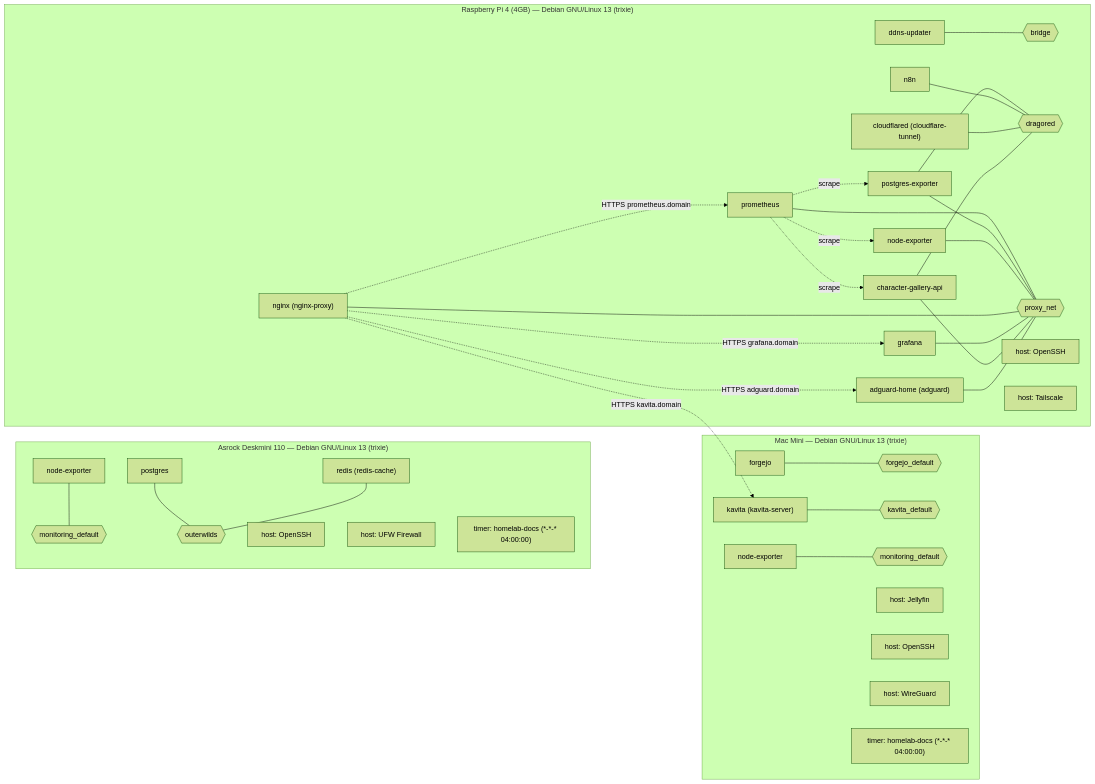
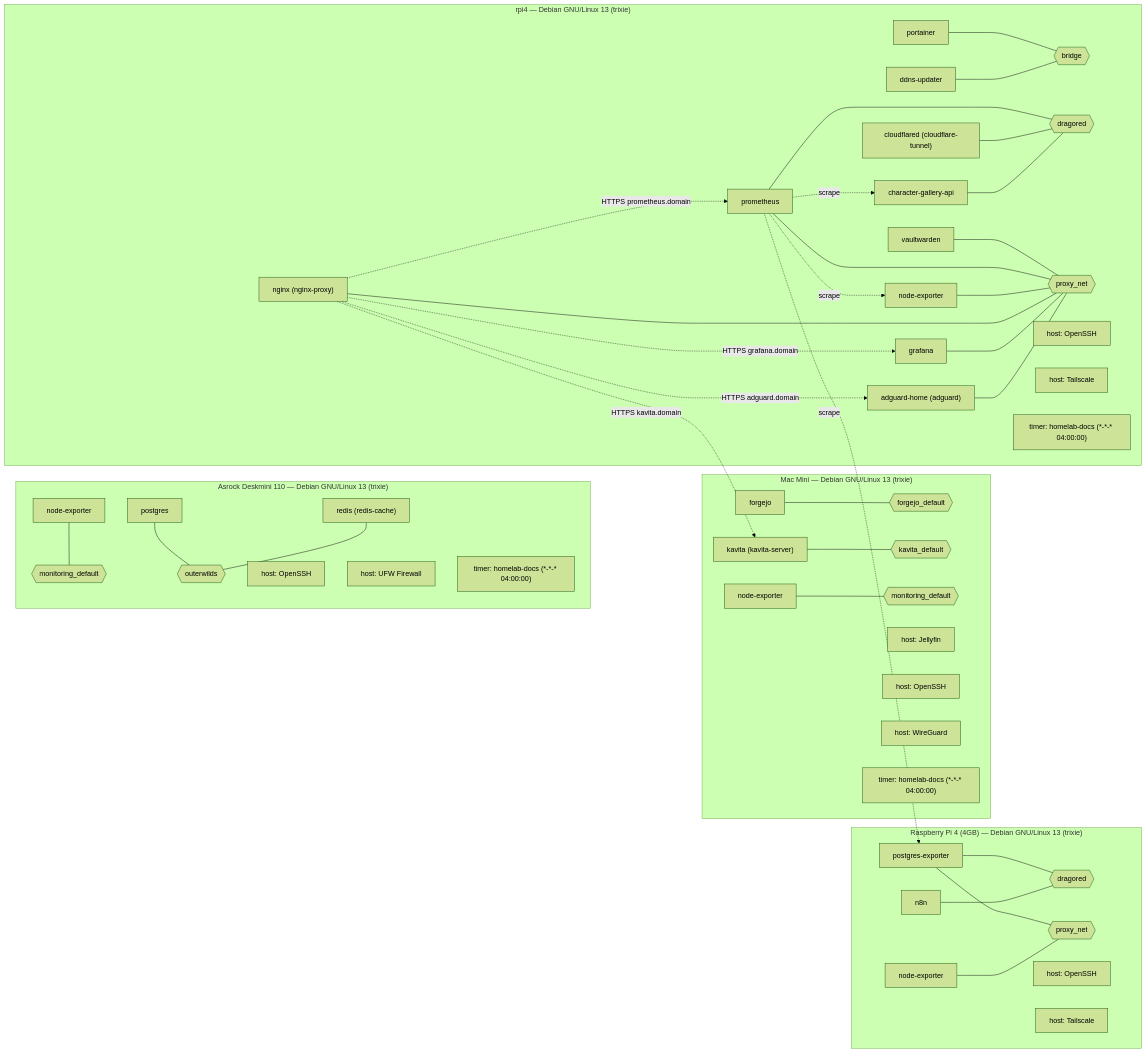
Before and after one commit to dZev1/home-lab: the diagram in README.md, drawn with Mermaid (forest theme). The commit also changed other lines of this file and 1 other file, not shown here.

Commit message:
docs: auto-update homelab inventory and topology [skip ci]

````diff
--- a/README.md
+++ b/README.md
@@ -35,67 +36,80 @@
 ```mermaid
 flowchart LR
   subgraph node_deskmini["Asrock Deskmini 110 — Debian GNU/Linux 13 (trixie)"]
     net_deskmini_monitoring_default{{"monitoring_default"}}
     net_deskmini_outerwilds{{"outerwilds"}}
     svc_deskmini_node_exporter["node-exporter"]
     svc_deskmini_node_exporter --- net_deskmini_monitoring_default
     svc_deskmini_postgres["postgres"]
     svc_deskmini_postgres --- net_deskmini_outerwilds
     svc_deskmini_redis["redis (redis-cache)"]
     svc_deskmini_redis --- net_deskmini_outerwilds
     hs_deskmini_1["host: OpenSSH"]
     hs_deskmini_2["host: UFW Firewall"]
     tm_deskmini_0["timer: homelab-docs (*-*-* 04:00:00)"]
   end
   subgraph node_mac_mini["Mac Mini — Debian GNU/Linux 13 (trixie)"]
     net_mac_mini_forgejo_default{{"forgejo_default"}}
     net_mac_mini_kavita_default{{"kavita_default"}}
     net_mac_mini_monitoring_default{{"monitoring_default"}}
     svc_mac_mini_forgejo["forgejo"]
     svc_mac_mini_forgejo --- net_mac_mini_forgejo_default
     svc_mac_mini_kavita["kavita (kavita-server)"]
     svc_mac_mini_kavita --- net_mac_mini_kavita_default
     svc_mac_mini_node_exporter["node-exporter"]
     svc_mac_mini_node_exporter --- net_mac_mini_monitoring_default
     hs_mac_mini_1["host: Jellyfin"]
     hs_mac_mini_2["host: OpenSSH"]
     hs_mac_mini_3["host: WireGuard"]
     tm_mac_mini_0["timer: homelab-docs (*-*-* 04:00:00)"]
   end
   subgraph node_rpi_4["Raspberry Pi 4 (4GB) — Debian GNU/Linux 13 (trixie)"]
-    net_rpi_4_bridge{{"bridge"}}
     net_rpi_4_dragored{{"dragored"}}
     net_rpi_4_proxy_net{{"proxy_net"}}
-    svc_rpi_4_adguard_home["adguard-home (adguard)"]
-    svc_rpi_4_adguard_home --- net_rpi_4_proxy_net
-    svc_rpi_4_character_gallery_api["character-gallery-api"]
-    svc_rpi_4_character_gallery_api --- net_rpi_4_dragored
-    svc_rpi_4_character_gallery_api --- net_rpi_4_proxy_net
-    svc_rpi_4_cloudflared["cloudflared (cloudflare-tunnel)"]
-    svc_rpi_4_cloudflared --- net_rpi_4_dragored
-    svc_rpi_4_ddns_updater["ddns-updater"]
-    svc_rpi_4_ddns_updater --- net_rpi_4_bridge
-    svc_rpi_4_grafana["grafana"]
-    svc_rpi_4_grafana --- net_rpi_4_proxy_net
     svc_rpi_4_n8n["n8n"]
     svc_rpi_4_n8n --- net_rpi_4_dragored
-    svc_rpi_4_nginx["nginx (nginx-proxy)"]
-    svc_rpi_4_nginx --- net_rpi_4_proxy_net
     svc_rpi_4_node_exporter["node-exporter"]
     svc_rpi_4_node_exporter --- net_rpi_4_proxy_net
     svc_rpi_4_postgres_exporter["postgres-exporter"]
     svc_rpi_4_postgres_exporter --- net_rpi_4_proxy_net
     svc_rpi_4_postgres_exporter --- net_rpi_4_dragored
-    svc_rpi_4_prometheus["prometheus"]
-    svc_rpi_4_prometheus --- net_rpi_4_proxy_net
     hs_rpi_4_1["host: OpenSSH"]
     hs_rpi_4_2["host: Tailscale"]
   end
-  svc_rpi_4_nginx -. "HTTPS adguard.domain" .-> svc_rpi_4_adguard_home
-  svc_rpi_4_nginx -. "HTTPS grafana.domain" .-> svc_rpi_4_grafana
-  svc_rpi_4_nginx -. "HTTPS prometheus.domain" .-> svc_rpi_4_prometheus
-  svc_rpi_4_nginx -. "HTTPS kavita.domain" .-> svc_mac_mini_kavita
-  svc_rpi_4_prometheus -. "scrape" .-> svc_rpi_4_node_exporter
-  svc_rpi_4_prometheus -. "scrape" .-> svc_rpi_4_character_gallery_api
-  svc_rpi_4_prometheus -. "scrape" .-> svc_rpi_4_postgres_exporter
+  subgraph node_rpi4["rpi4 — Debian GNU/Linux 13 (trixie)"]
+    net_rpi4_bridge{{"bridge"}}
+    net_rpi4_dragored{{"dragored"}}
+    net_rpi4_proxy_net{{"proxy_net"}}
+    svc_rpi4_adguard_home["adguard-home (adguard)"]
+    svc_rpi4_adguard_home --- net_rpi4_proxy_net
+    svc_rpi4_character_gallery_api["character-gallery-api"]
+    svc_rpi4_character_gallery_api --- net_rpi4_dragored
+    svc_rpi4_cloudflared["cloudflared (cloudflare-tunnel)"]
+    svc_rpi4_cloudflared --- net_rpi4_dragored
+    svc_rpi4_ddns_updater["ddns-updater"]
+    svc_rpi4_ddns_updater --- net_rpi4_bridge
+    svc_rpi4_grafana["grafana"]
+    svc_rpi4_grafana --- net_rpi4_proxy_net
+    svc_rpi4_nginx["nginx (nginx-proxy)"]
+    svc_rpi4_nginx --- net_rpi4_proxy_net
+    svc_rpi4_node_exporter["node-exporter"]
+    svc_rpi4_node_exporter --- net_rpi4_proxy_net
+    svc_rpi4_portainer["portainer"]
+    svc_rpi4_portainer --- net_rpi4_bridge
+    svc_rpi4_prometheus["prometheus"]
+    svc_rpi4_prometheus --- net_rpi4_dragored
+    svc_rpi4_prometheus --- net_rpi4_proxy_net
+    svc_rpi4_vaultwarden["vaultwarden"]
+    svc_rpi4_vaultwarden --- net_rpi4_proxy_net
+    hs_rpi4_1["host: OpenSSH"]
+    hs_rpi4_2["host: Tailscale"]
+    tm_rpi4_0["timer: homelab-docs (*-*-* 04:00:00)"]
+  end
+  svc_rpi4_nginx -. "HTTPS adguard.domain" .-> svc_rpi4_adguard_home
+  svc_rpi4_nginx -. "HTTPS grafana.domain" .-> svc_rpi4_grafana
+  svc_rpi4_nginx -. "HTTPS prometheus.domain" .-> svc_rpi4_prometheus
+  svc_rpi4_nginx -. "HTTPS kavita.domain" .-> svc_mac_mini_kavita
+  svc_rpi4_prometheus -. "scrape" .-> svc_rpi4_node_exporter
+  svc_rpi4_prometheus -. "scrape" .-> svc_rpi4_character_gallery_api
+  svc_rpi4_prometheus -. "scrape" .-> svc_rpi_4_postgres_exporter
 ```
````
